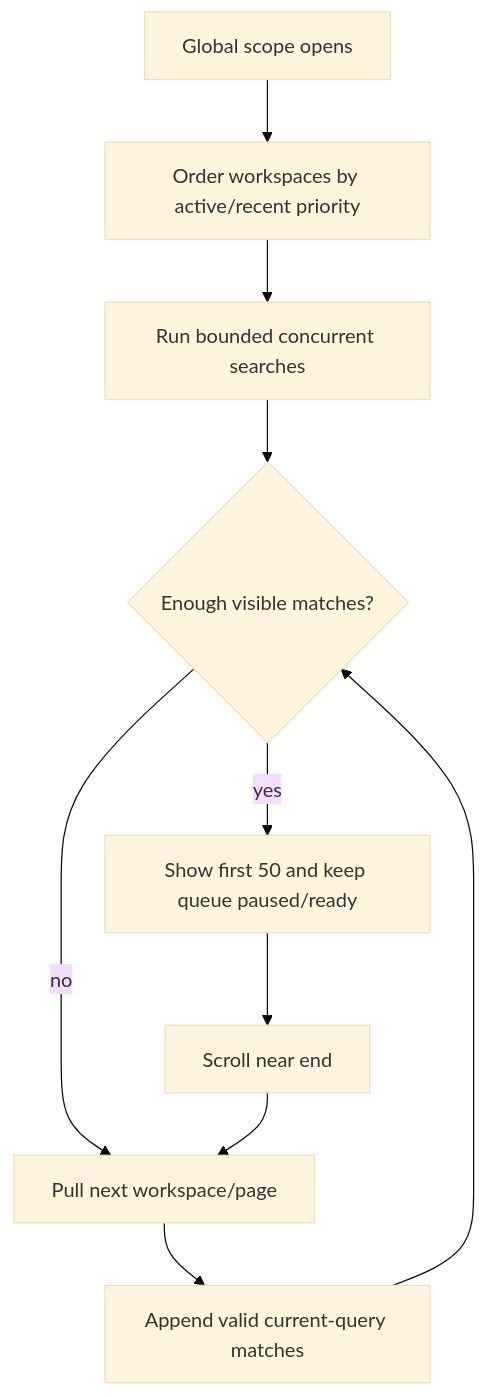
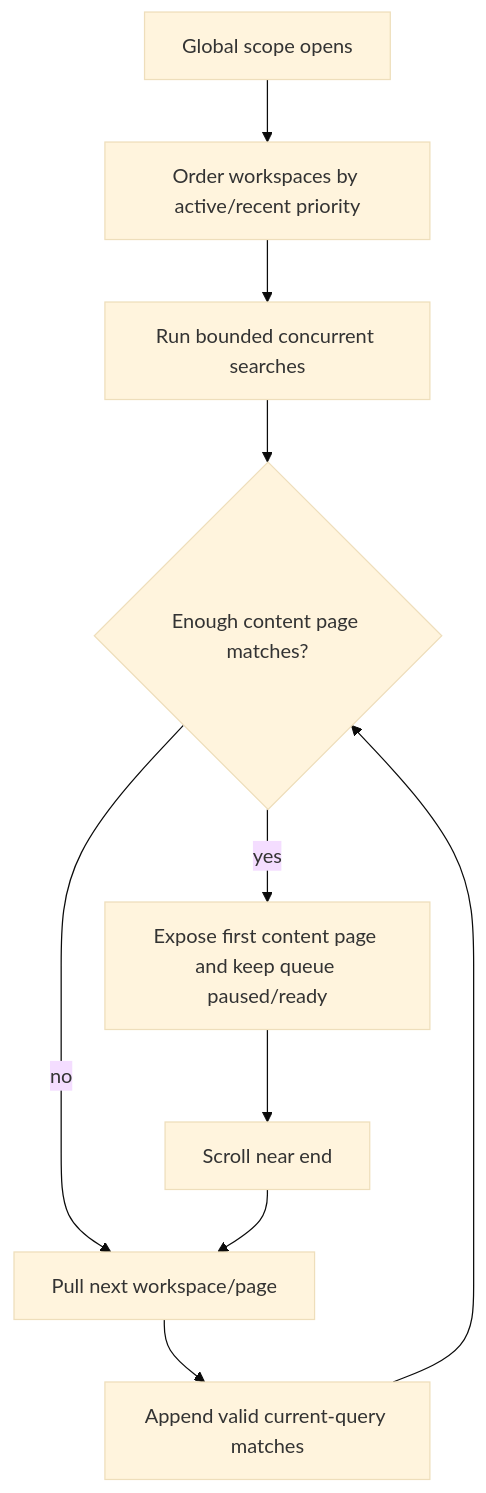
The second of 2 diagrams in docs/plans/2026-06-06-001-feat-search-palette-file-content-plan.md (xiaijiangxue/ccguif), drawn with Mermaid (base theme) before and after one commit. The commit also changed other lines of this file and 43 other files, not shown here.

````diff
--- a/docs/plans/2026-06-06-001-feat-search-palette-file-content-plan.md
+++ b/docs/plans/2026-06-06-001-feat-search-palette-file-content-plan.md
@@ -86,12 +87,12 @@
 ```mermaid
 flowchart TB
   A["Global scope opens"] --> B["Order workspaces by active/recent priority"]
   B --> C["Run bounded concurrent searches"]
-  C --> D{"Enough visible matches?"}
-  D -->|yes| E["Show first 50 and keep queue paused/ready"]
+  C --> D{"Enough content page matches?"}
+  D -->|yes| E["Expose first content page and keep queue paused/ready"]
   D -->|no| F["Pull next workspace/page"]
   E --> G["Scroll near end"]
   G --> F
   F --> H["Append valid current-query matches"]
   H --> D
 ```
````
